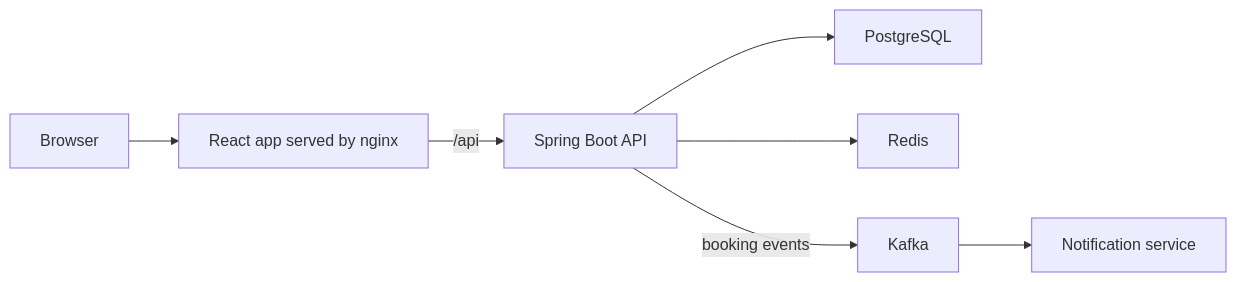
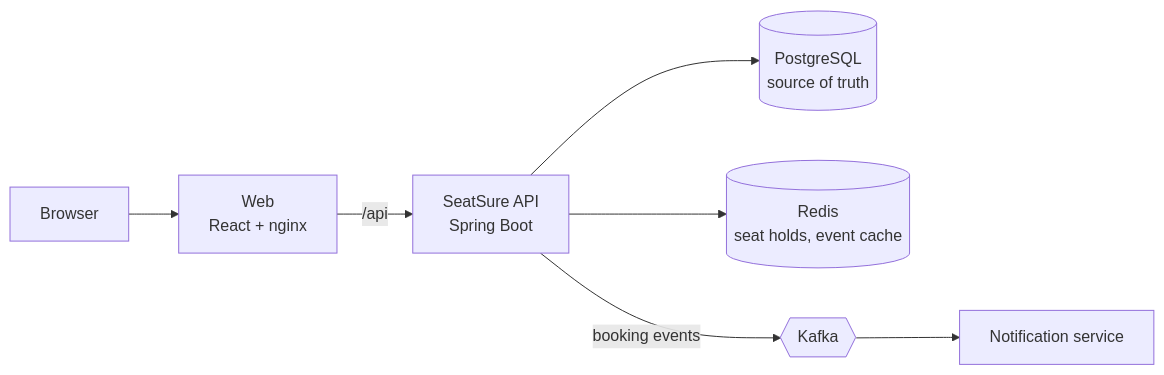
Before and after one commit to tejaltatiwar/SeatSure: the diagram in README.md, drawn with Mermaid. The commit also changed other lines of this file, not shown here.

````diff
--- a/README.md
+++ b/README.md
@@ -25,9 +23,9 @@
 ```mermaid
 flowchart LR
-    Browser --> Web["React app served by nginx"]
-    Web -->|/api| API["Spring Boot API"]
-    API --> PostgreSQL
-    API --> Redis
-    API -->|booking events| Kafka
-    Kafka --> Notifications["Notification service"]
+    Browser --> Web["Web<br/>React + nginx"]
+    Web -->|/api| API["SeatSure API<br/>Spring Boot"]
+    API --> PG[("PostgreSQL<br/>source of truth")]
+    API --> Redis[("Redis<br/>seat holds, event cache")]
+    API -->|booking events| Kafka{{Kafka}}
+    Kafka --> Notify["Notification service"]
 ```
````
